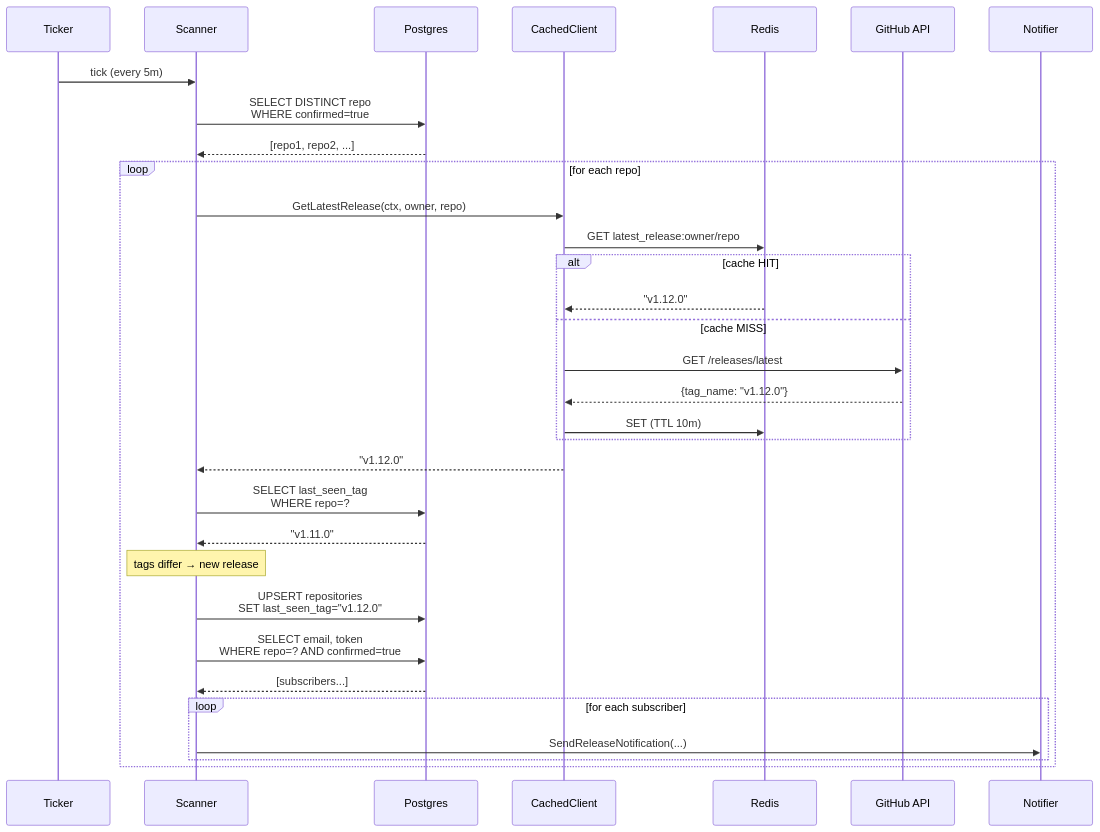
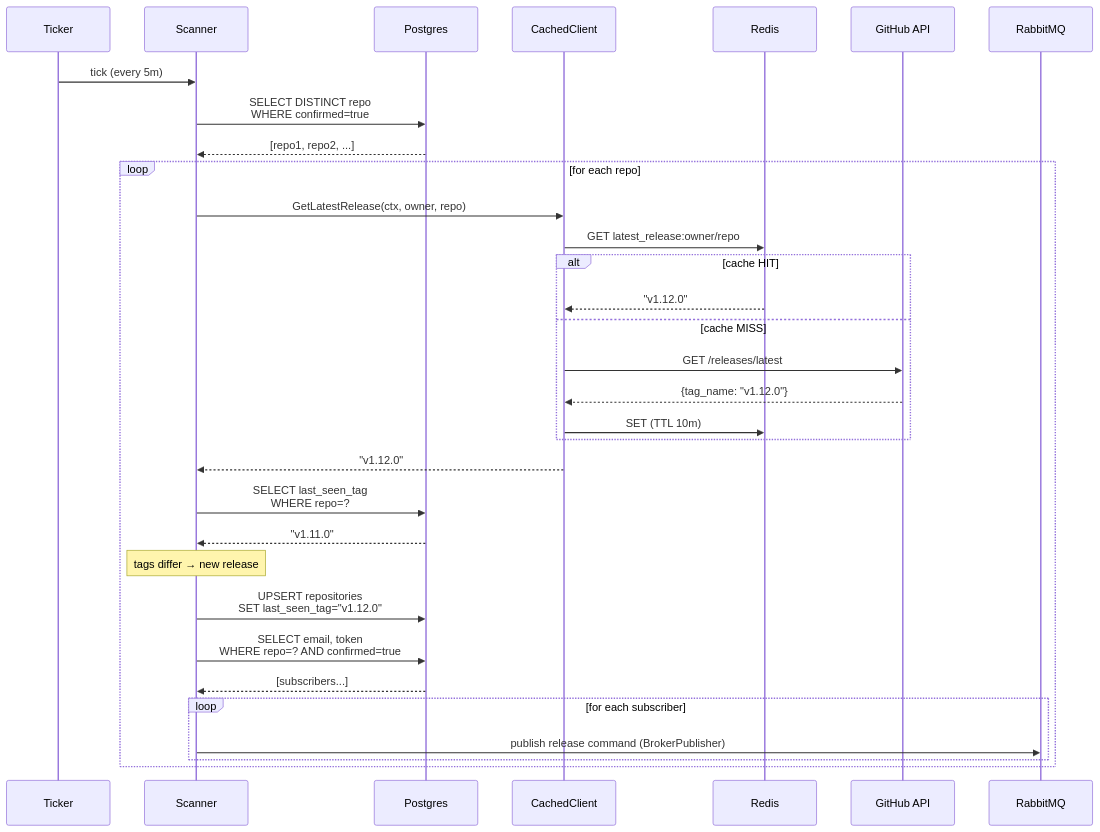
One commit to GenesisEducationKyiv/software-engineering-school-6-0-Yurii-Levchenko changed the fifth of 5 diagrams in system-design/README.md. Above: the diagram before and after it, drawn with Mermaid. The commit also changed other lines of this file and 1 other file, not shown here.

Commit message:
docs(hw9): update system-design + README for the 2-process saga architecture

````diff
--- a/system-design/README.md
+++ b/system-design/README.md
@@ -369,35 +430,35 @@
 ```mermaid
 sequenceDiagram
     participant T as Ticker
     participant SC as Scanner
     participant DB as Postgres
     participant C as CachedClient
     participant R as Redis
     participant G as GitHub API
-    participant N as Notifier
+    participant MQ as RabbitMQ
 
     T->>SC: tick (every 5m)
     SC->>DB: SELECT DISTINCT repo<br/>WHERE confirmed=true
     DB-->>SC: [repo1, repo2, ...]
     loop for each repo
         SC->>C: GetLatestRelease(ctx, owner, repo)
         C->>R: GET latest_release:owner/repo
         alt cache HIT
             R-->>C: "v1.12.0"
         else cache MISS
             C->>G: GET /releases/latest
             G-->>C: {tag_name: "v1.12.0"}
             C->>R: SET (TTL 10m)
         end
         C-->>SC: "v1.12.0"
         SC->>DB: SELECT last_seen_tag<br/>WHERE repo=?
         DB-->>SC: "v1.11.0"
         Note over SC: tags differ → new release
         SC->>DB: UPSERT repositories<br/>SET last_seen_tag="v1.12.0"
         SC->>DB: SELECT email, token<br/>WHERE repo=? AND confirmed=true
         DB-->>SC: [subscribers...]
         loop for each subscriber
-            SC->>N: SendReleaseNotification(...)
+            SC->>MQ: publish release command (BrokerPublisher)
         end
     end
 ```
````
